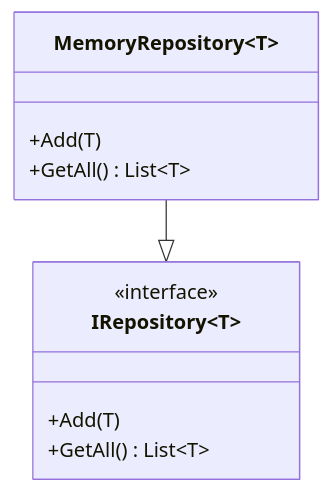
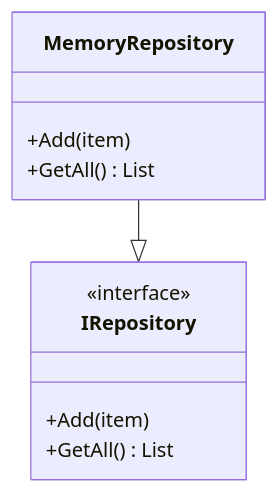
Before and after one commit to buribalkan/C-SHARP-Training: the second of 2 diagrams in Generics.md, drawn with Mermaid.

````diff
--- a/Generics.md
+++ b/Generics.md
@@ -212,15 +212,15 @@
 ```mermaid
 classDiagram
-    class IRepository~T~ {
+    class IRepository {
         <<interface>>
-        +Add(T)
-        +GetAll() List~T~
+        +Add(item)
+        +GetAll() List
     }
 
-    class MemoryRepository~T~ {
-        +Add(T)
-        +GetAll() List~T~
+    class MemoryRepository {
+        +Add(item)
+        +GetAll() List
     }
 
-    MemoryRepository~T~ --|> IRepository~T~
+    MemoryRepository --|> IRepository
 ```
````
